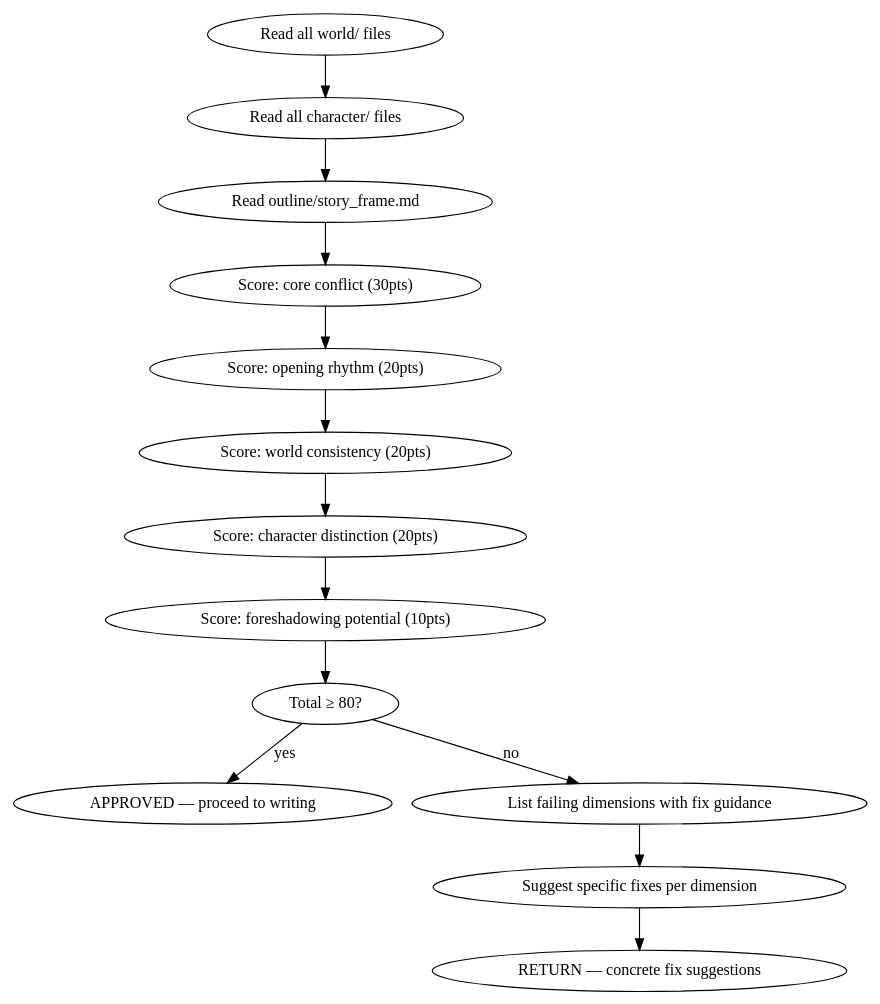
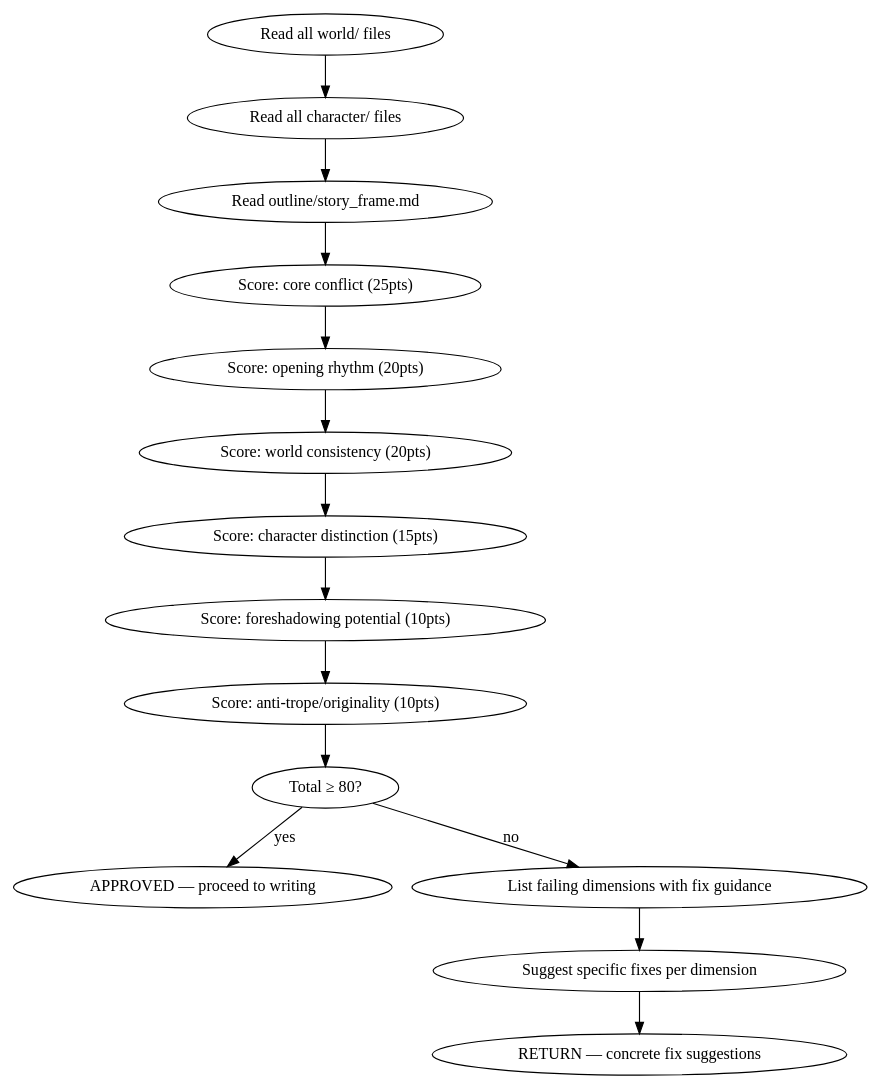
Before and after one commit to ThomasChangX/shenbi: the diagram in skills/shenbi-foundation-review/SKILL.md, drawn with Graphviz. The commit also changed other lines of this file and 2 other files, not shown here.

````diff
--- a/skills/shenbi-foundation-review/SKILL.md
+++ b/skills/shenbi-foundation-review/SKILL.md
@@ -35,16 +36,17 @@
 ```dot
 digraph foundation_review {
     "Read all world/ files" -> "Read all character/ files";
     "Read all character/ files" -> "Read outline/story_frame.md";
-    "Read outline/story_frame.md" -> "Score: core conflict (30pts)";
-    "Score: core conflict (30pts)" -> "Score: opening rhythm (20pts)";
+    "Read outline/story_frame.md" -> "Score: core conflict (25pts)";
+    "Score: core conflict (25pts)" -> "Score: opening rhythm (20pts)";
     "Score: opening rhythm (20pts)" -> "Score: world consistency (20pts)";
-    "Score: world consistency (20pts)" -> "Score: character distinction (20pts)";
-    "Score: character distinction (20pts)" -> "Score: foreshadowing potential (10pts)";
-    "Score: foreshadowing potential (10pts)" -> "Total ≥ 80?";
+    "Score: world consistency (20pts)" -> "Score: character distinction (15pts)";
+    "Score: character distinction (15pts)" -> "Score: foreshadowing potential (10pts)";
+    "Score: foreshadowing potential (10pts)" -> "Score: anti-trope/originality (10pts)";
+    "Score: anti-trope/originality (10pts)" -> "Total ≥ 80?";
     "Total ≥ 80?" -> "APPROVED — proceed to writing" [label="yes"];
     "Total ≥ 80?" -> "List failing dimensions with fix guidance" [label="no"];
     "List failing dimensions with fix guidance" -> "Suggest specific fixes per dimension";
     "Suggest specific fixes per dimension" -> "RETURN — concrete fix suggestions";
 }
 ```
````
